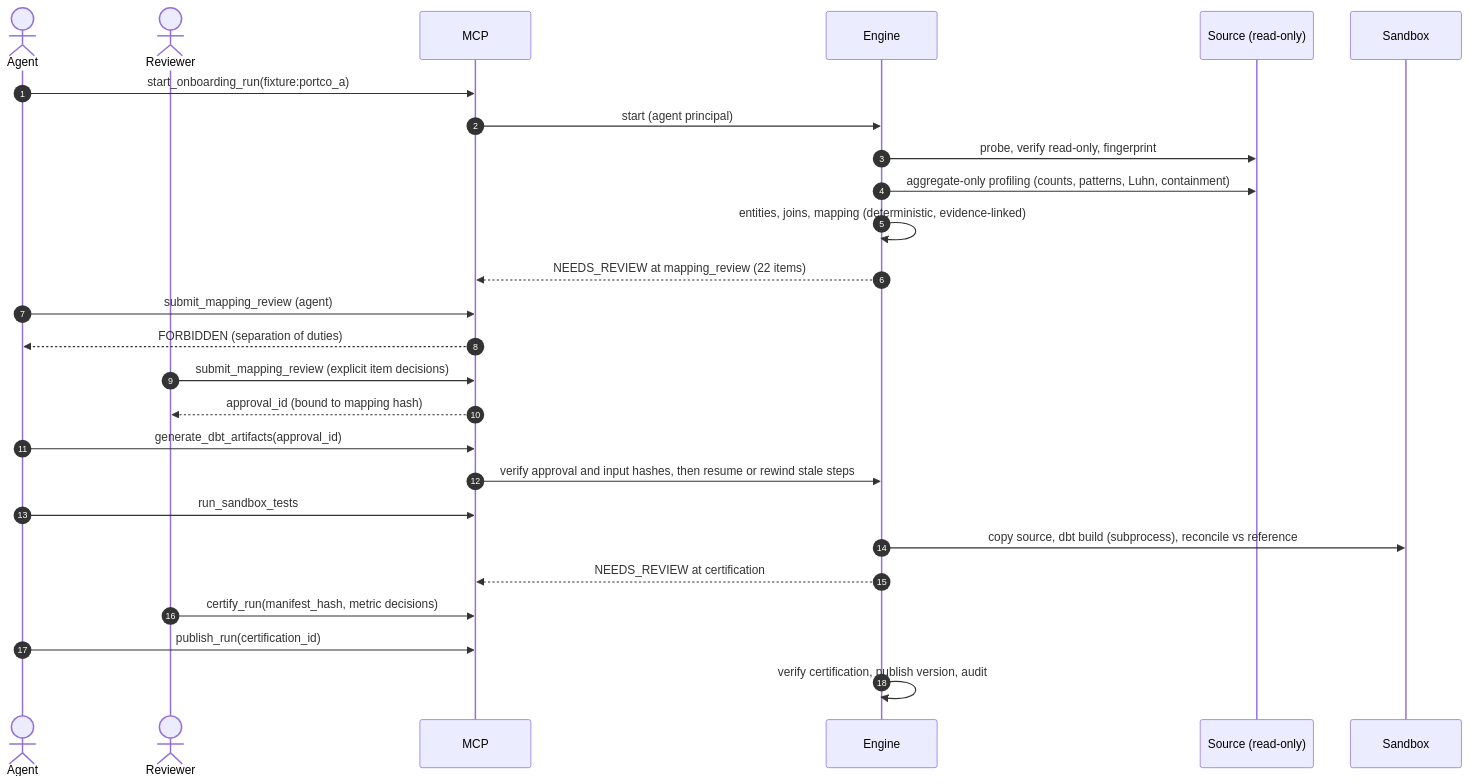
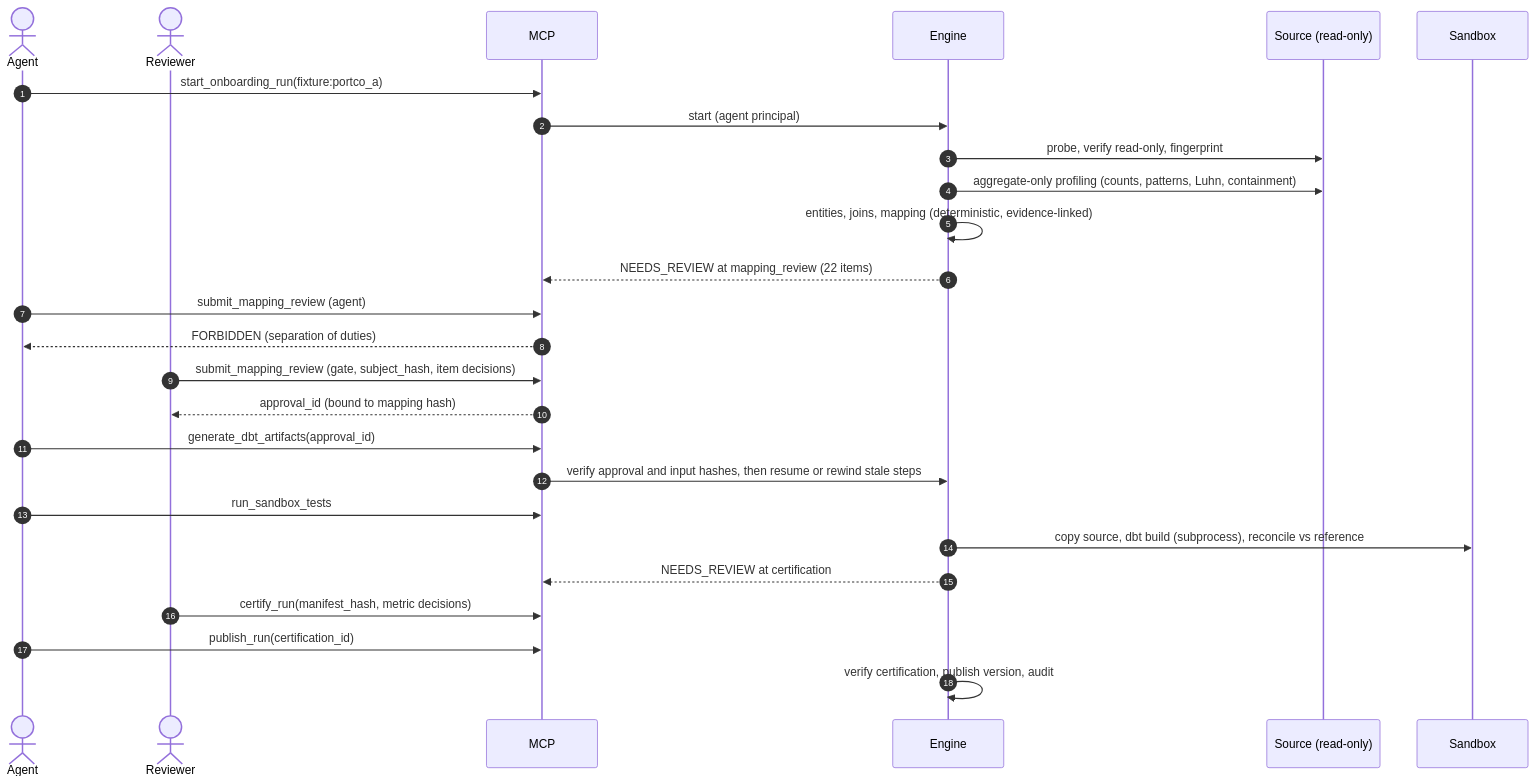
One commit to ahines99/portco-data-onboarding changed the second of 3 diagrams in docs/architecture.md. Above: the diagram before and after it, drawn with Mermaid. The commit also changed other lines of this file and 44 other files, not shown here.

````diff
--- a/docs/architecture.md
+++ b/docs/architecture.md
@@ -43,28 +43,28 @@
 ```mermaid
 sequenceDiagram
   autonumber
   actor Agent
   actor Reviewer
   participant MCP
   participant Engine
   participant Source as Source (read-only)
   participant Sandbox
   Agent->>MCP: start_onboarding_run(fixture:portco_a)
   MCP->>Engine: start (agent principal)
   Engine->>Source: probe, verify read-only, fingerprint
   Engine->>Source: aggregate-only profiling (counts, patterns, Luhn, containment)
   Engine->>Engine: entities, joins, mapping (deterministic, evidence-linked)
   Engine-->>MCP: NEEDS_REVIEW at mapping_review (22 items)
   Agent->>MCP: submit_mapping_review (agent)
   MCP-->>Agent: FORBIDDEN (separation of duties)
-  Reviewer->>MCP: submit_mapping_review (explicit item decisions)
+  Reviewer->>MCP: submit_mapping_review (gate, subject_hash, item decisions)
   MCP-->>Reviewer: approval_id (bound to mapping hash)
   Agent->>MCP: generate_dbt_artifacts(approval_id)
   MCP->>Engine: verify approval and input hashes, then resume or rewind stale steps
   Agent->>MCP: run_sandbox_tests
   Engine->>Sandbox: copy source, dbt build (subprocess), reconcile vs reference
   Engine-->>MCP: NEEDS_REVIEW at certification
   Reviewer->>MCP: certify_run(manifest_hash, metric decisions)
   Agent->>MCP: publish_run(certification_id)
   Engine->>Engine: verify certification, publish version, audit
 ```
````
